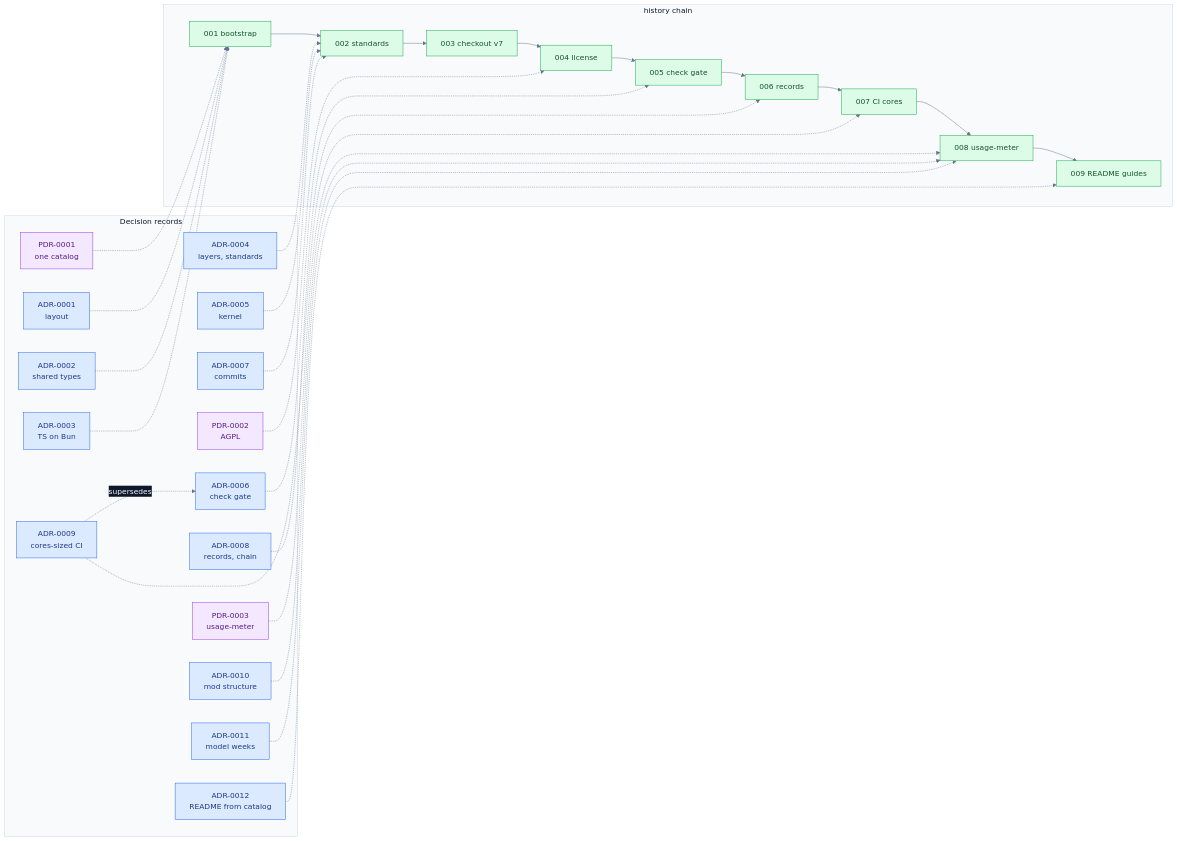
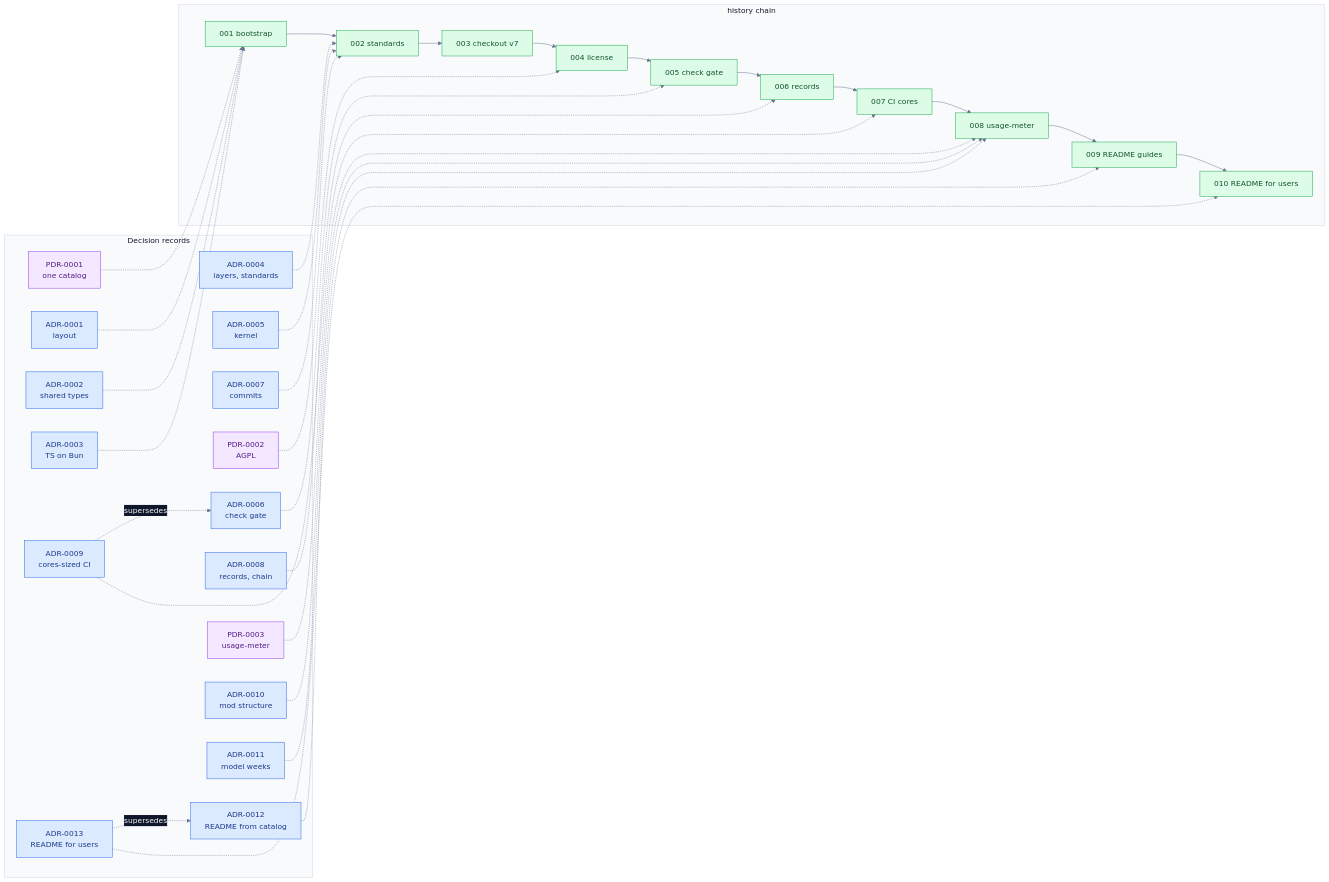
One commit to arafathusayn/cc-mods changed the diagram in kb/INDEX.md. Above: the diagram before and after it, drawn with Mermaid. The commit also changed other lines of this file and 5 other files, not shown here.

````diff
--- a/kb/INDEX.md
+++ b/kb/INDEX.md
@@ -25,51 +26,55 @@
 ```mermaid
 %%{init: {"theme":"base","themeVariables":{"fontFamily":"Inter, ui-sans-serif, system-ui, sans-serif","lineColor":"#64748b","edgeLabelBackground":"#0f172a","clusterBkg":"#f8fafc","clusterBorder":"#cbd5e1","titleColor":"#0f172a"}}}%%
 flowchart LR
   subgraph records ["Decision records"]
     P1["PDR-0001<br>one catalog"]:::purple
     A1["ADR-0001<br>layout"]:::blue
     A2["ADR-0002<br>shared types"]:::blue
     A3["ADR-0003<br>TS on Bun"]:::blue
     A4["ADR-0004<br>layers, standards"]:::blue
     A5["ADR-0005<br>kernel"]:::blue
     A7["ADR-0007<br>commits"]:::blue
     P2["PDR-0002<br>AGPL"]:::purple
     A6["ADR-0006<br>check gate"]:::blue
     A8["ADR-0008<br>records, chain"]:::blue
     A9["ADR-0009<br>cores-sized CI"]:::blue
     P3["PDR-0003<br>usage-meter"]:::purple
     A10["ADR-0010<br>mod structure"]:::blue
     A11["ADR-0011<br>model weeks"]:::blue
     A12["ADR-0012<br>README from catalog"]:::blue
+    A13["ADR-0013<br>README for users"]:::blue
   end
   subgraph history ["history chain"]
     H1["001 bootstrap"]:::green --> H2["002 standards"]:::green
     H2 --> H3["003 checkout v7"]:::green
     H3 --> H4["004 license"]:::green
     H4 --> H5["005 check gate"]:::green
     H5 --> H6["006 records"]:::green
     H6 --> H7["007 CI cores"]:::green
     H7 --> H8["008 usage-meter"]:::green
     H8 --> H9["009 README guides"]:::green
+    H9 --> H10["010 README for users"]:::green
   end
   P1 -.-> H1
   A1 -.-> H1
   A2 -.-> H1
   A3 -.-> H1
   A4 -.-> H2
   A5 -.-> H2
   A7 -.-> H2
   P2 -.-> H4
   A6 -.-> H5
   A8 -.-> H6
   A9 -.-> H7
   A9 -.->|"supersedes"| A6
   P3 -.-> H8
   A10 -.-> H8
   A11 -.-> H8
   A12 -.-> H9
+  A13 -.-> H10
+  A13 -.->|"supersedes"| A12
   classDef green fill:#dcfce7,stroke:#16a34a,color:#14532d
   classDef blue fill:#dbeafe,stroke:#2563eb,color:#1e3a8a
   classDef purple fill:#f3e8ff,stroke:#9333ea,color:#581c87
   linkStyle default stroke:#64748b,color:#f8fafc
 ```
````
